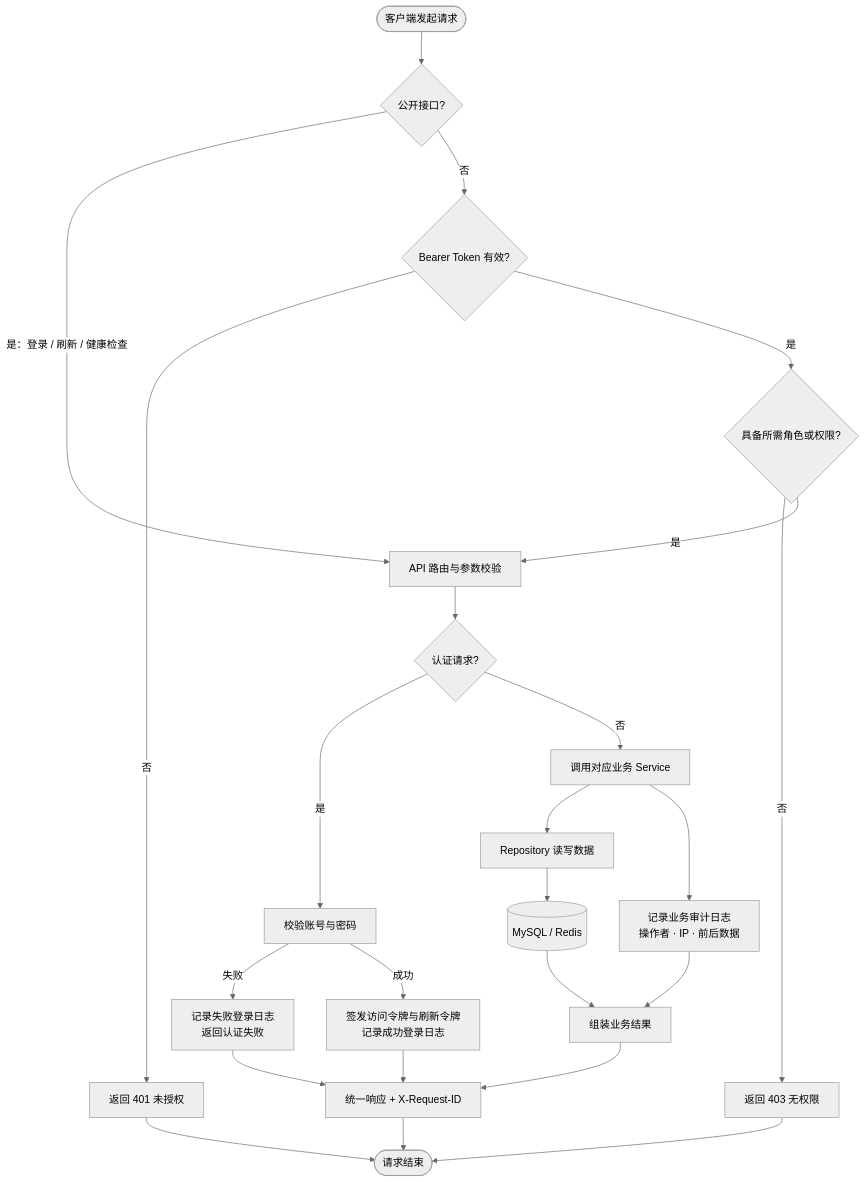
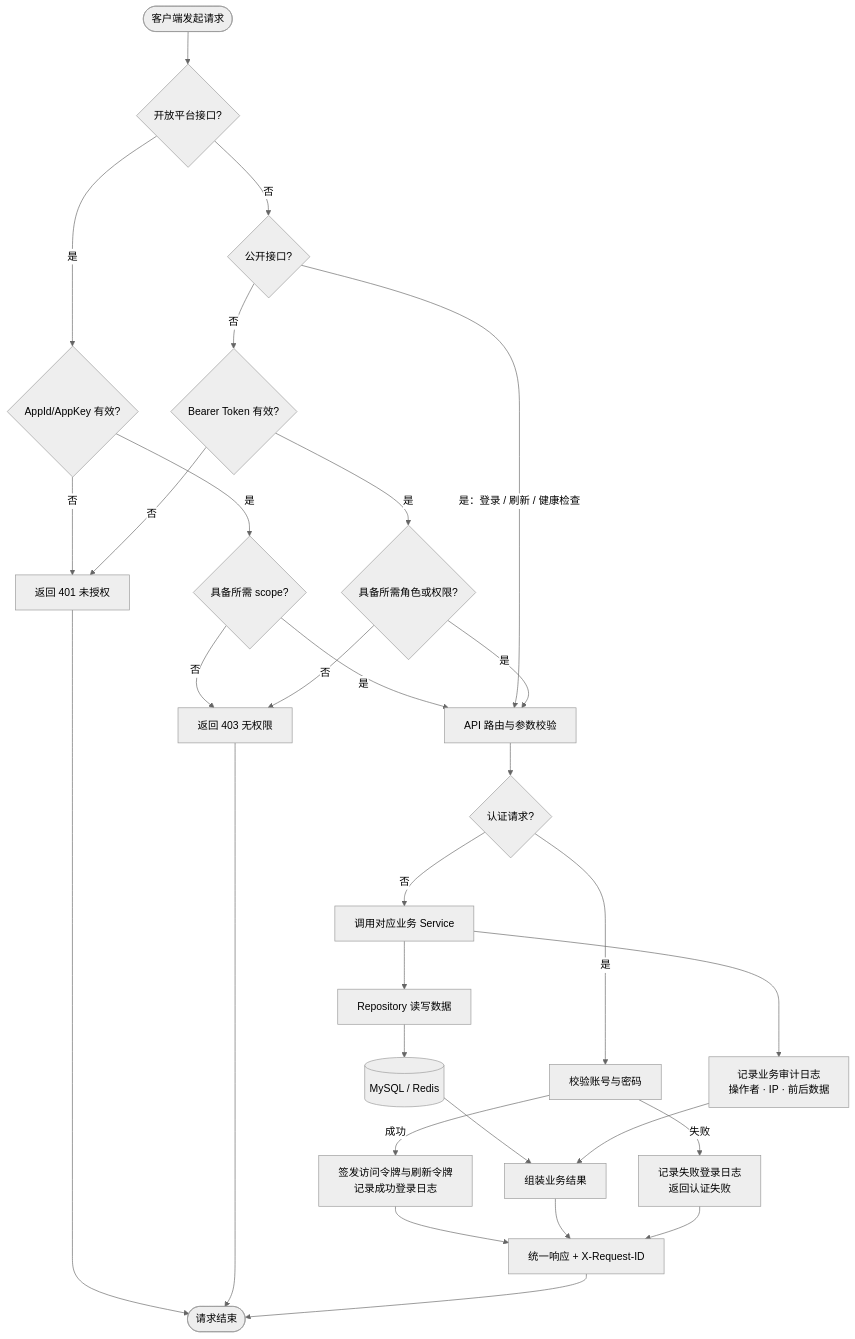
Before and after one commit to cross-lang/x-HanJiang: the second of 3 diagrams in README.md, drawn with Mermaid (neutral theme). The commit also changed other lines of this file and 1 other file, not shown here.

````diff
--- a/README.md
+++ b/README.md
@@ -282,27 +299,33 @@
 ```mermaid
 flowchart TD
-  Start([客户端发起请求]) --> Public{公开接口?}
+  Start([客户端发起请求]) --> Open{开放平台接口?}
+  Open -->|是| AppKey{AppId/AppKey 有效?}
+  AppKey -->|否| Unauthorized[返回 401 未授权]
+  AppKey -->|是| Scope{具备所需 scope?}
+  Scope -->|否| Forbidden[返回 403 无权限]
+  Scope -->|是| Route[API 路由与参数校验]
+  Open -->|否| Public{公开接口?}
   Public -->|是：登录 / 刷新 / 健康检查| Route[API 路由与参数校验]
   Public -->|否| Token{Bearer Token 有效?}
   Token -->|否| Unauthorized[返回 401 未授权]
   Token -->|是| Permission{具备所需角色或权限?}
   Permission -->|否| Forbidden[返回 403 无权限]
   Permission -->|是| Route
 
   Route --> Login{认证请求?}
   Login -->|是| Verify[校验账号与密码]
   Verify -->|失败| LoginFailed[记录失败登录日志<br/>返回认证失败]
   Verify -->|成功| IssueToken[签发访问令牌与刷新令牌<br/>记录成功登录日志]
   Login -->|否| Service[调用对应业务 Service]
   Service --> Repository[Repository 读写数据]
   Repository --> Database[(MySQL / Redis)]
   Service --> Audit[记录业务审计日志<br/>操作者 · IP · 前后数据]
   Database --> Result[组装业务结果]
   Audit --> Result
   IssueToken --> Response[统一响应 + X-Request-ID]
   Result --> Response
   LoginFailed --> Response
   Unauthorized --> End([请求结束])
   Forbidden --> End
   Response --> End
 ```
````
